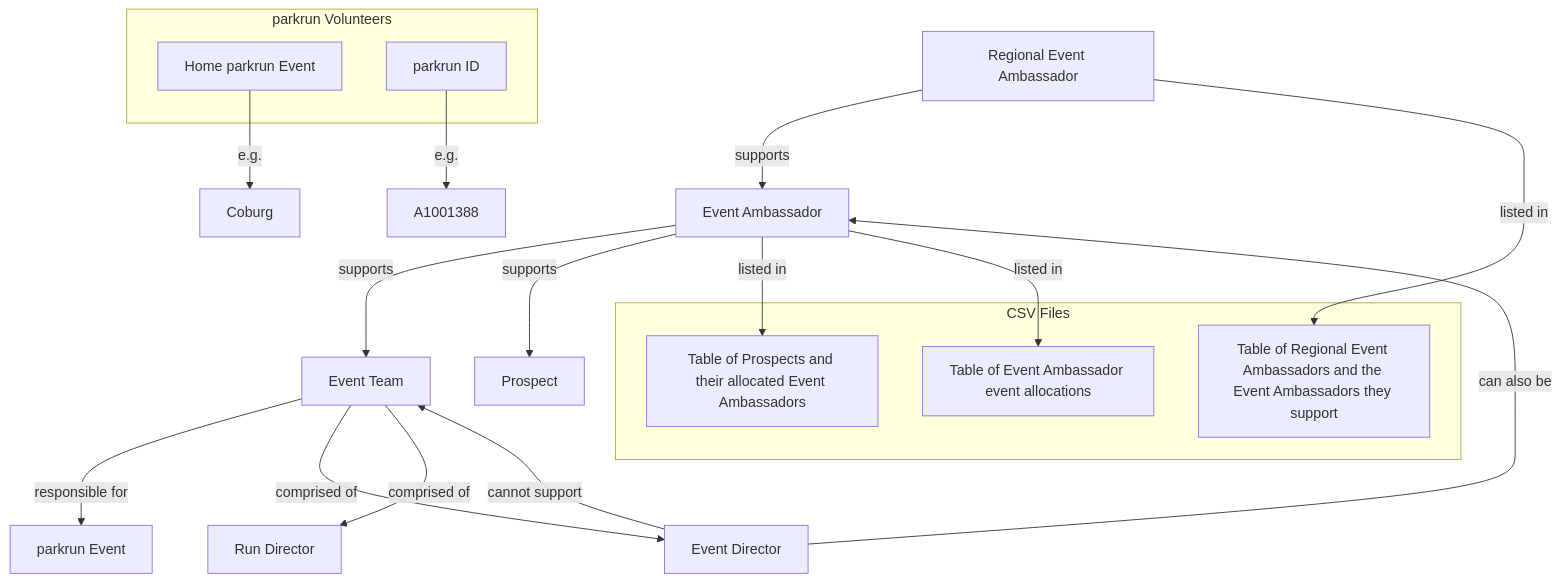
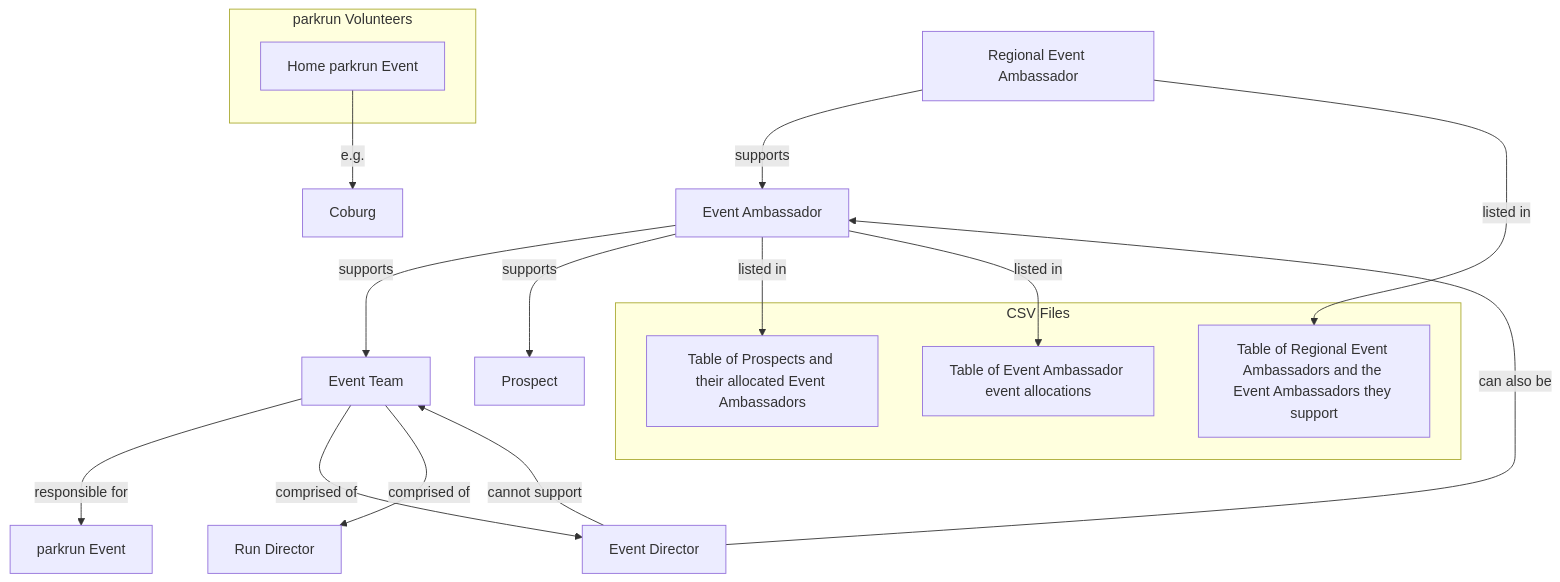
Before and after one commit to johnsyweb/ambassy: the diagram in README.md, drawn with Mermaid. The commit also changed other lines of this file and 13 other files, not shown here.

````diff
--- a/README.md
+++ b/README.md
@@ -20,29 +20,27 @@
 ```mermaid
 graph TD
     REA[Regional Event Ambassador] -->|supports| EA[Event Ambassador]
     EA -->|supports| ET[Event Team]
     ET -->|responsible for| PE[parkrun Event]
     ET -->|comprised of| ED[Event Director]
     ET -->|comprised of| RD[Run Director]
     EA -->|supports| P[Prospect]
 
     subgraph CSV Files
         CSV1[Table of Prospects and their allocated Event Ambassadors]
         CSV2[Table of Event Ambassador event allocations]
         CSV3[Table of Regional Event Ambassadors and the Event Ambassadors they support]
     end
 
     REA -->|listed in| CSV3
     EA -->|listed in| CSV1
     EA -->|listed in| CSV2
 
     subgraph parkrun Volunteers
         PV1[Home parkrun Event]
-        PV2[parkrun ID]
     end
 
     PV1 -->|e.g.| Coburg
-    PV2 -->|e.g.| A1001388
     ED -->|can also be| EA
     ED -->|cannot support| ET
 ```
````
